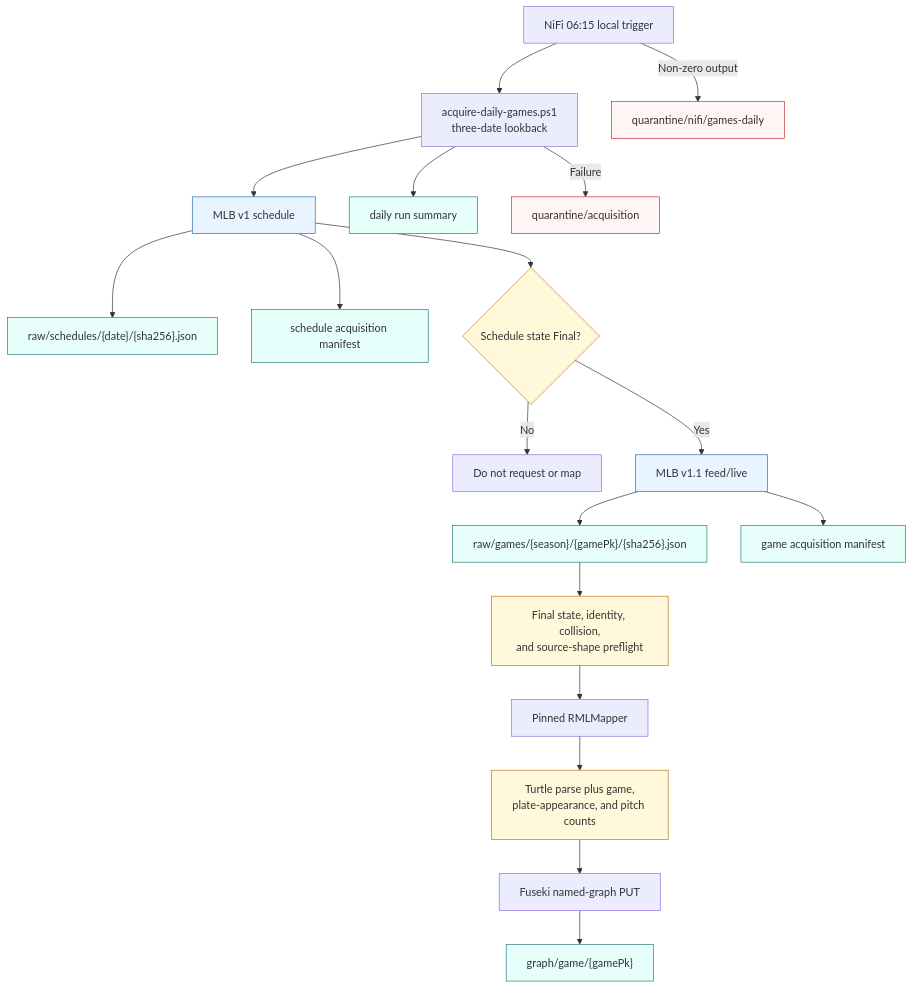
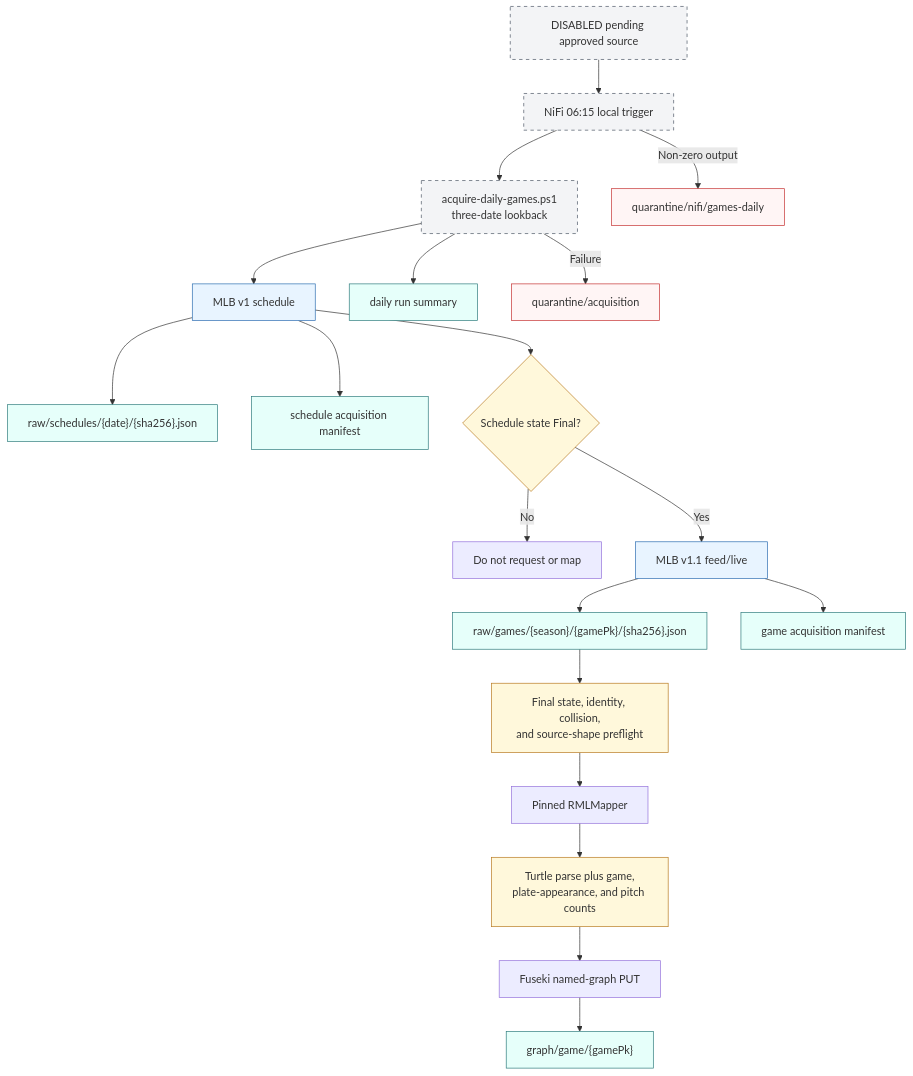
Before and after one commit to CarterBeauBenson/BaseballO: the diagram in mermaid/07-daily-game-acquisition.md, drawn with Mermaid. The commit also changed other lines of this file and 29 other files, not shown here.

````diff
--- a/mermaid/07-daily-game-acquisition.md
+++ b/mermaid/07-daily-game-acquisition.md
@@ -5,29 +5,32 @@
 ```mermaid
 flowchart TB
-    NIFI["NiFi 06:15 local trigger"] --> CMD["acquire-daily-games.ps1<br/>three-date lookback"]
+    PARKED["DISABLED pending approved source"] --> NIFI["NiFi 06:15 local trigger"]
+    NIFI --> CMD["acquire-daily-games.ps1<br/>three-date lookback"]
     CMD --> SCHED["MLB v1 schedule"]
     SCHED --> SRAW["raw/schedules/{date}/{sha256}.json"]
     SCHED --> SMAN["schedule acquisition manifest"]
     SCHED --> FINAL{"Schedule state Final?"}
     FINAL -->|No| SKIP["Do not request or map"]
     FINAL -->|Yes| FEED["MLB v1.1 feed/live"]
     FEED --> GRAW["raw/games/{season}/{gamePk}/{sha256}.json"]
     FEED --> GMAN["game acquisition manifest"]
     GRAW --> PREFLIGHT["Final state, identity, collision,<br/>and source-shape preflight"]
     PREFLIGHT --> RML["Pinned RMLMapper"]
     RML --> VALIDATE["Turtle parse plus game,<br/>plate-appearance, and pitch counts"]
     VALIDATE --> PUT["Fuseki named-graph PUT"]
     PUT --> GRAPH["graph/game/{gamePk}"]
     CMD --> RUN["daily run summary"]
     CMD -->|Failure| Q["quarantine/acquisition"]
     NIFI -->|Non-zero output| NQ["quarantine/nifi/games-daily"]
 
     classDef source fill:#e8f4ff,stroke:#2b6cb0;
     classDef guard fill:#fff8db,stroke:#b7791f;
     classDef storage fill:#e6fffa,stroke:#2c7a7b;
     classDef failure fill:#fff5f5,stroke:#c53030;
+    classDef parked fill:#f3f4f6,stroke:#4b5563,stroke-dasharray: 5 5;
     class SCHED,FEED source;
     class FINAL,PREFLIGHT,VALIDATE guard;
     class SRAW,SMAN,GRAW,GMAN,RUN,GRAPH storage;
     class Q,NQ failure;
+    class PARKED,NIFI,CMD parked;
 ```
````
